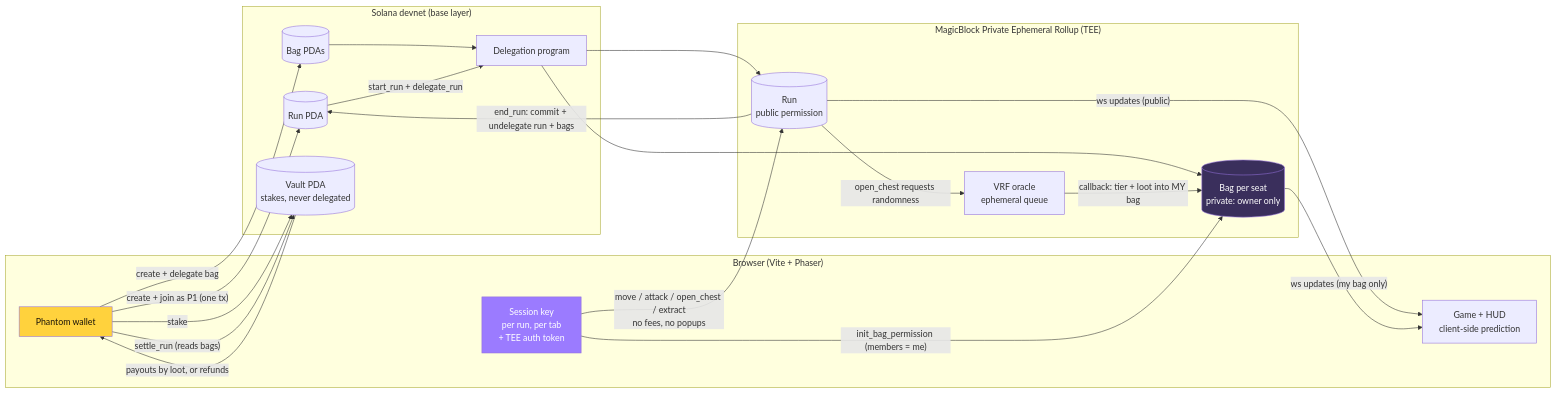
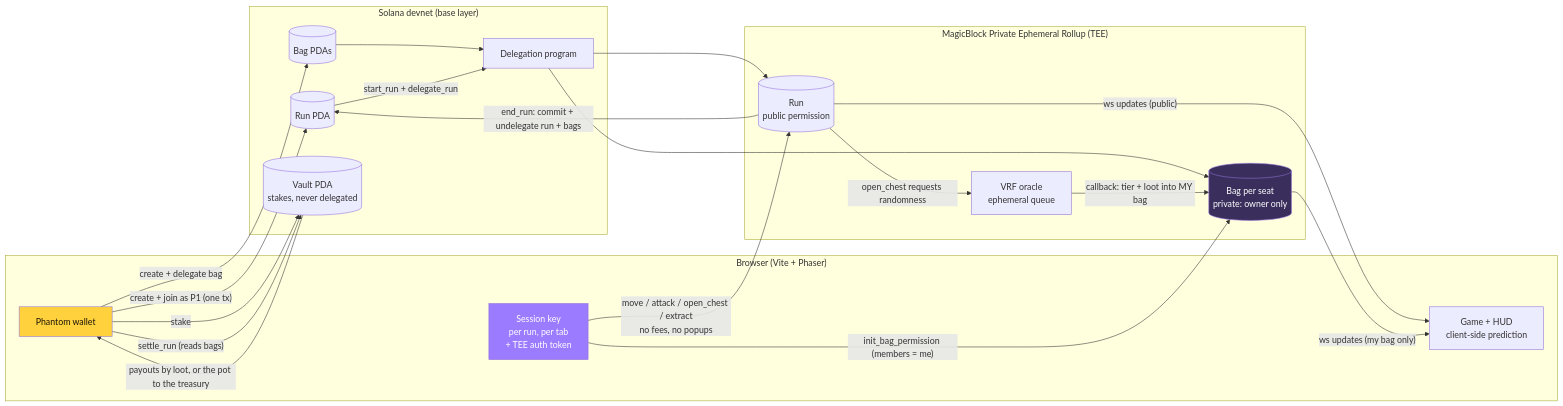
Before and after one commit to nisargpatel7042lva/extraction-dungeon: the diagram in README.md, drawn with Mermaid. The commit also changed other lines of this file and 11 other files, not shown here.

````diff
--- a/README.md
+++ b/README.md
@@ -148,39 +148,39 @@
 ```mermaid
 flowchart LR
   subgraph Browser["Browser (Vite + Phaser)"]
     W[Phantom wallet]:::w
     S[Session key<br/>per run, per tab<br/>+ TEE auth token]:::s
     UI[Game + HUD<br/>client-side prediction]
   end
 
   subgraph Base["Solana devnet (base layer)"]
     R0[(Run PDA)]
     B0[(Bag PDAs)]
     V[(Vault PDA<br/>stakes, never delegated)]
     DP[Delegation program]
   end
 
   subgraph PER["MagicBlock Private Ephemeral Rollup (TEE)"]
     R1[(Run<br/>public permission)]
     B1[(Bag per seat<br/>private: owner only)]:::p
     VRF[VRF oracle<br/>ephemeral queue]
   end
 
   W -- "create + join as P1 (one tx)" --> R0
   W -- "stake" --> V
   W -- "create + delegate bag" --> B0 --> DP --> B1
   R0 -- "start_run + delegate_run" --> DP --> R1
   S -- "init_bag_permission (members = me)" --> B1
   S -- "move / attack / open_chest / extract<br/>no fees, no popups" --> R1
   R1 -- "open_chest requests randomness" --> VRF
   VRF -- "callback: tier + loot into MY bag" --> B1
   R1 -- "ws updates (public)" --> UI
   B1 -- "ws updates (my bag only)" --> UI
   R1 -- "end_run: commit + undelegate run + bags" --> R0
   W -- "settle_run (reads bags)" --> V
-  V -- "payouts by loot, or refunds" --> W
+  V -- "payouts by loot, or the pot to the treasury" --> W
 
   classDef w fill:#ffd23d,color:#1a1408
   classDef s fill:#9b7bff,color:#fff
   classDef p fill:#3a2f5c,color:#fff
 ```
````
